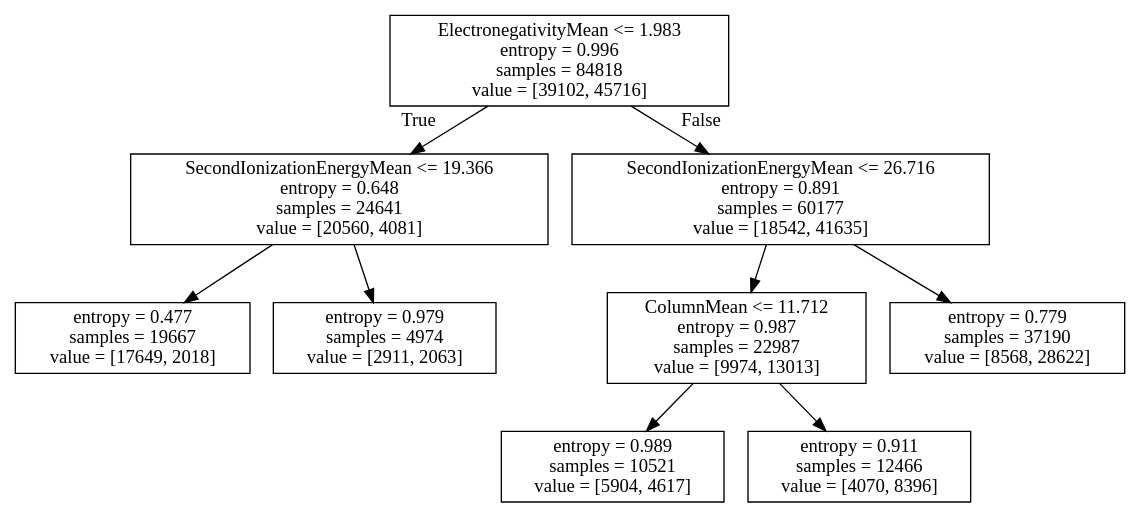
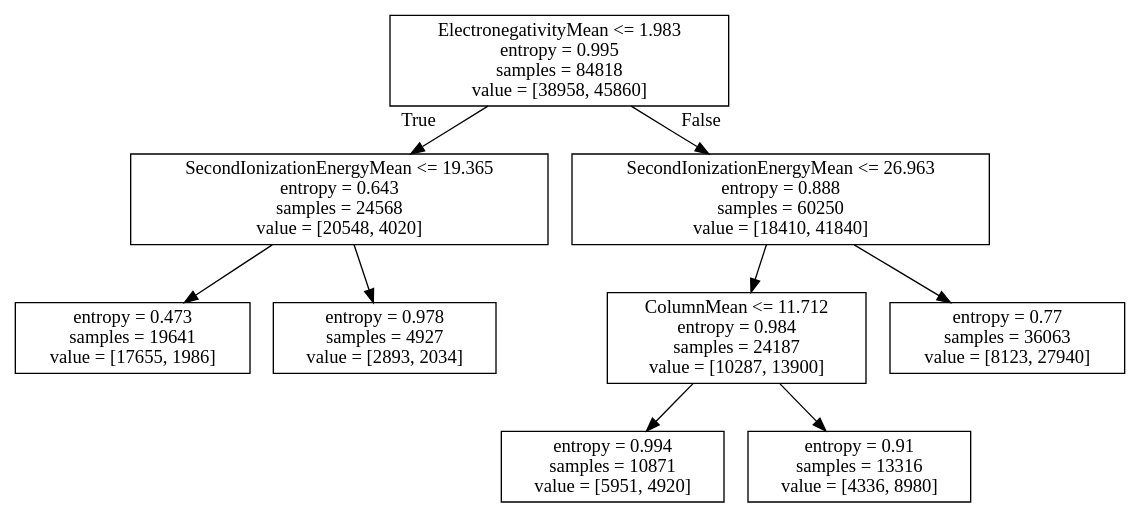
Before and after one commit to materialsvirtuallab/nano281: the diagram in lectures/metal_insulator_tree.dot, drawn with Graphviz. The commit also changed 1 other file, not shown here.

```diff
--- a/lectures/metal_insulator_tree.dot
+++ b/lectures/metal_insulator_tree.dot
@@ -1,20 +1,20 @@
 digraph Tree {
 node [shape=box] ;
-0 [label="ElectronegativityMean <= 1.983\nentropy = 0.996\nsamples = 84818\nvalue = [39102, 45716]"] ;
-1 [label="SecondIonizationEnergyMean <= 19.366\nentropy = 0.648\nsamples = 24641\nvalue = [20560, 4081]"] ;
+0 [label="ElectronegativityMean <= 1.983\nentropy = 0.995\nsamples = 84818\nvalue = [38958, 45860]"] ;
+1 [label="SecondIonizationEnergyMean <= 19.365\nentropy = 0.643\nsamples = 24568\nvalue = [20548, 4020]"] ;
 0 -> 1 [labeldistance=2.5, labelangle=45, headlabel="True"] ;
-2 [label="entropy = 0.477\nsamples = 19667\nvalue = [17649, 2018]"] ;
+2 [label="entropy = 0.473\nsamples = 19641\nvalue = [17655, 1986]"] ;
 1 -> 2 ;
-3 [label="entropy = 0.979\nsamples = 4974\nvalue = [2911, 2063]"] ;
+3 [label="entropy = 0.978\nsamples = 4927\nvalue = [2893, 2034]"] ;
 1 -> 3 ;
-4 [label="SecondIonizationEnergyMean <= 26.716\nentropy = 0.891\nsamples = 60177\nvalue = [18542, 41635]"] ;
+4 [label="SecondIonizationEnergyMean <= 26.963\nentropy = 0.888\nsamples = 60250\nvalue = [18410, 41840]"] ;
 0 -> 4 [labeldistance=2.5, labelangle=-45, headlabel="False"] ;
-5 [label="ColumnMean <= 11.712\nentropy = 0.987\nsamples = 22987\nvalue = [9974, 13013]"] ;
+5 [label="ColumnMean <= 11.712\nentropy = 0.984\nsamples = 24187\nvalue = [10287, 13900]"] ;
 4 -> 5 ;
-6 [label="entropy = 0.989\nsamples = 10521\nvalue = [5904, 4617]"] ;
+6 [label="entropy = 0.994\nsamples = 10871\nvalue = [5951, 4920]"] ;
 5 -> 6 ;
-7 [label="entropy = 0.911\nsamples = 12466\nvalue = [4070, 8396]"] ;
+7 [label="entropy = 0.91\nsamples = 13316\nvalue = [4336, 8980]"] ;
 5 -> 7 ;
-8 [label="entropy = 0.779\nsamples = 37190\nvalue = [8568, 28622]"] ;
+8 [label="entropy = 0.77\nsamples = 36063\nvalue = [8123, 27940]"] ;
 4 -> 8 ;
 }
```
